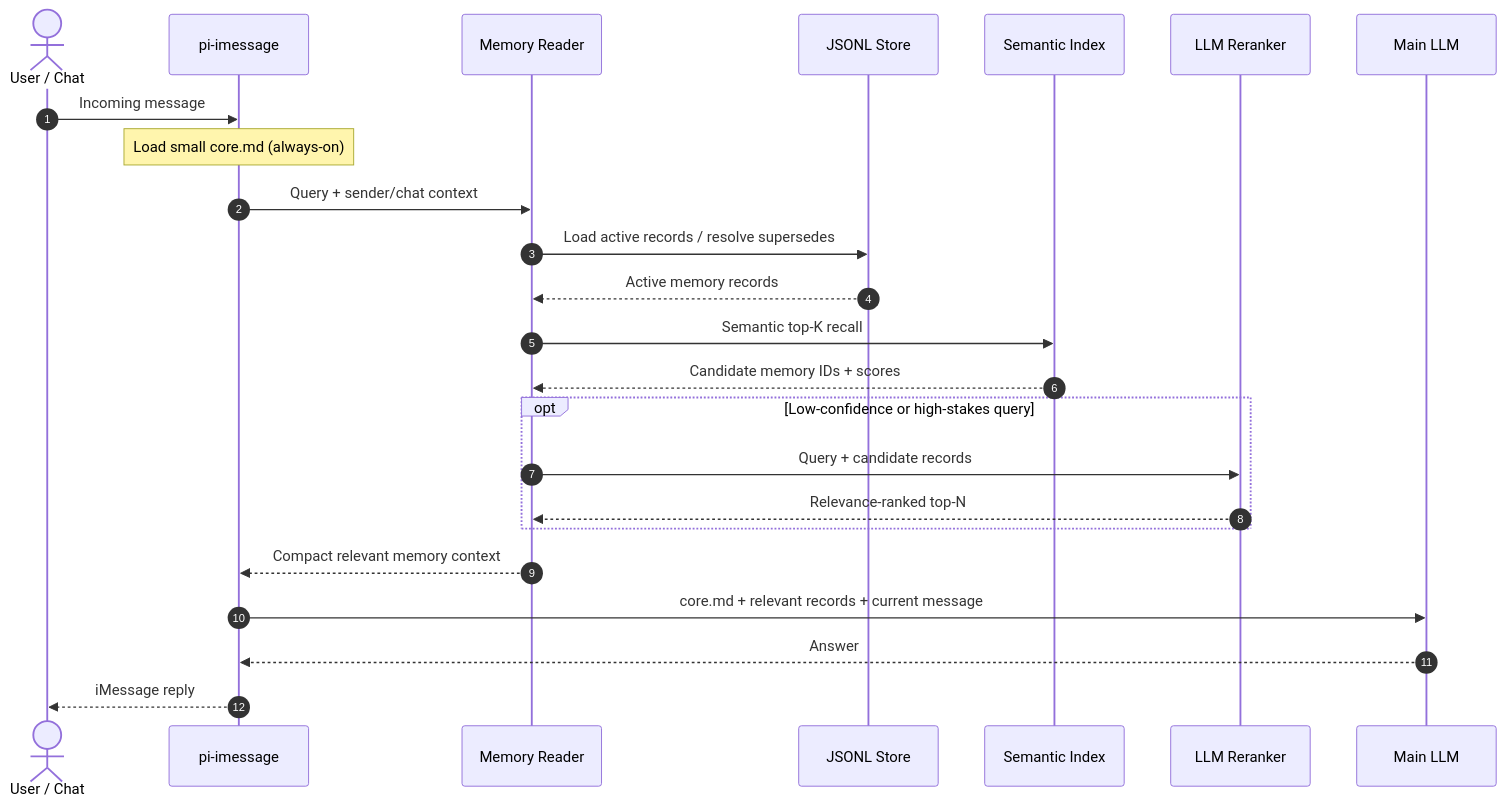
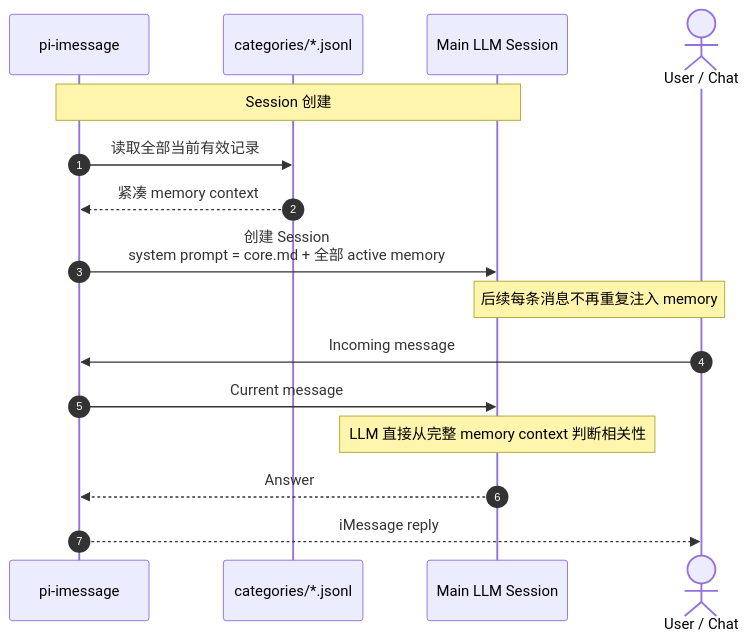
The first of 2 diagrams in docs/structured-memory-sequence.md (daya0576/pi-imessage), drawn with Mermaid before and after one commit. The commit also changed other lines of this file, not shown here.

Commit message:
docs: simplify memory sequence to full context loading

````diff
--- a/docs/structured-memory-sequence.md
+++ b/docs/structured-memory-sequence.md
@@ -12,27 +9,20 @@
 ```mermaid
 sequenceDiagram
     autonumber
+    participant P as pi-imessage
+    participant S as categories/*.jsonl
+    participant A as Main LLM Session
     actor U as User / Chat
-    participant P as pi-imessage
-    participant R as Memory Reader
-    participant S as JSONL Store
-    participant I as Semantic Index
-    participant L as LLM Reranker
-    participant A as Main LLM
 
+    Note over P,A: Session 创建
+    P->>S: 读取全部当前有效记录
+    S-->>P: 紧凑 memory context
+    P->>A: 创建 Session<br/>system prompt = core.md + 全部 active memory
+
+    Note over U,A: 后续每条消息不再重复注入 memory
     U->>P: Incoming message
-    Note over P: Load small core.md (always-on)
-    P->>R: Query + sender/chat context
-    R->>S: Load active records / resolve supersedes
-    S-->>R: Active memory records
-    R->>I: Semantic top-K recall
-    I-->>R: Candidate memory IDs + scores
-    opt Low-confidence or high-stakes query
-        R->>L: Query + candidate records
-        L-->>R: Relevance-ranked top-N
-    end
-    R-->>P: Compact relevant memory context
-    P->>A: core.md + relevant records + current message
+    P->>A: Current message
+    Note over A: LLM 直接从完整 memory context 判断相关性
     A-->>P: Answer
     P-->>U: iMessage reply
 ```
````
